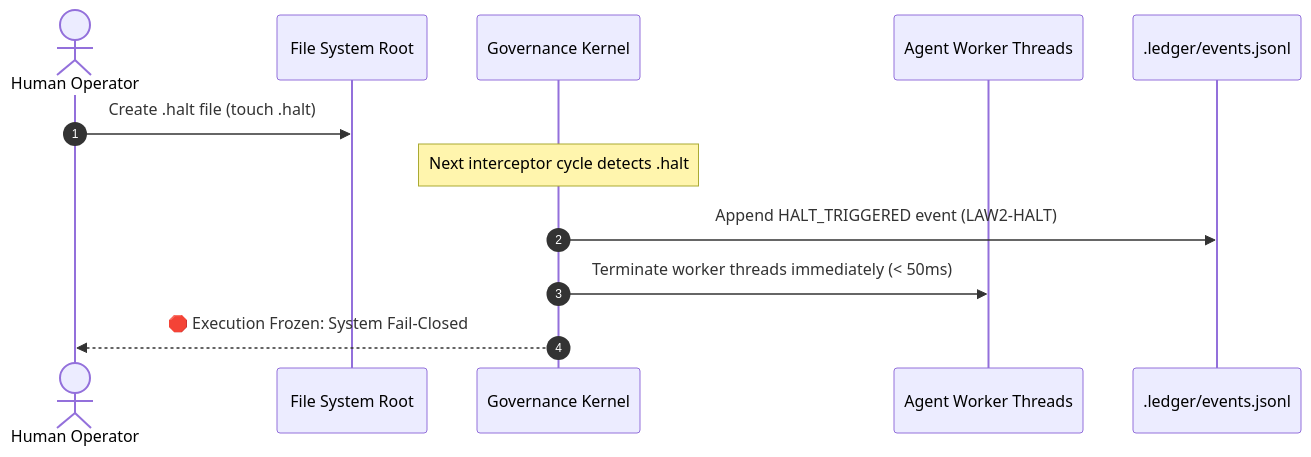
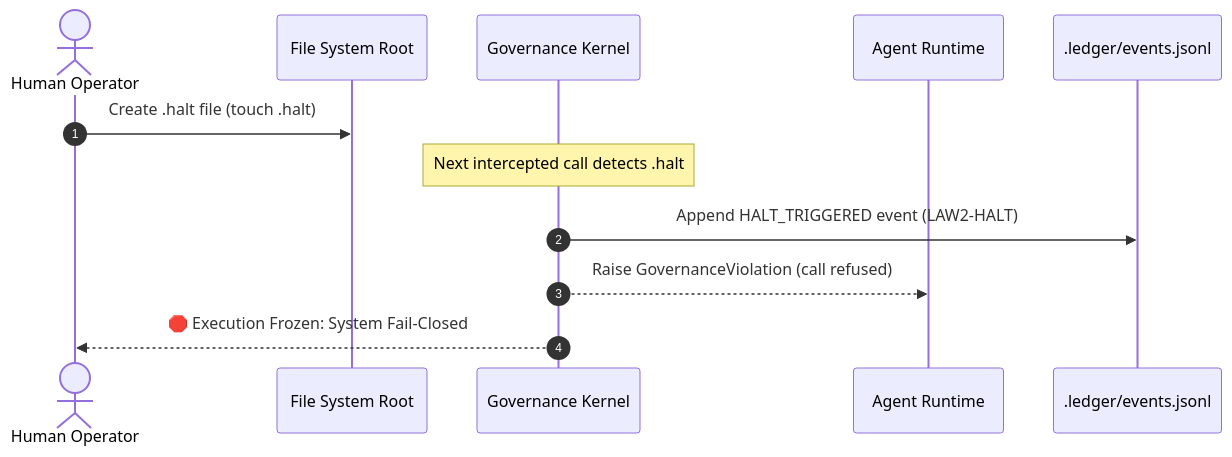
Before and after one commit to kirklasalle/AutonomousGovernanceLaws: the third of 3 diagrams in USER_GUIDE.md, drawn with Mermaid. The commit also changed other lines of this file and 15 other files, not shown here.

````diff
--- a/USER_GUIDE.md
+++ b/USER_GUIDE.md
@@ -159,15 +159,15 @@
 ```mermaid
 sequenceDiagram
     autonumber
     actor Operator as Human Operator
     participant Disk as File System Root
     participant Kernel as Governance Kernel
-    participant Swarm as Agent Worker Threads
+    participant Agent as Agent Runtime
     participant Ledger as .ledger/events.jsonl
 
     Operator->>Disk: Create .halt file (touch .halt)
-    Note over Kernel: Next interceptor cycle detects .halt
+    Note over Kernel: Next intercepted call detects .halt
     Kernel->>Ledger: Append HALT_TRIGGERED event (LAW2-HALT)
-    Kernel->>Swarm: Terminate worker threads immediately (< 50ms)
+    Kernel-->>Agent: Raise GovernanceViolation (call refused)
     Kernel-->>Operator: 🛑 Execution Frozen: System Fail-Closed
 ```
````
